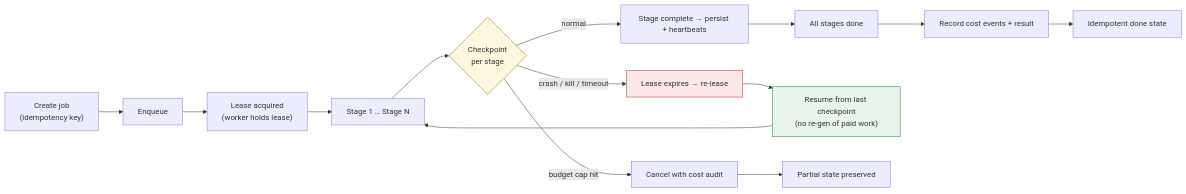
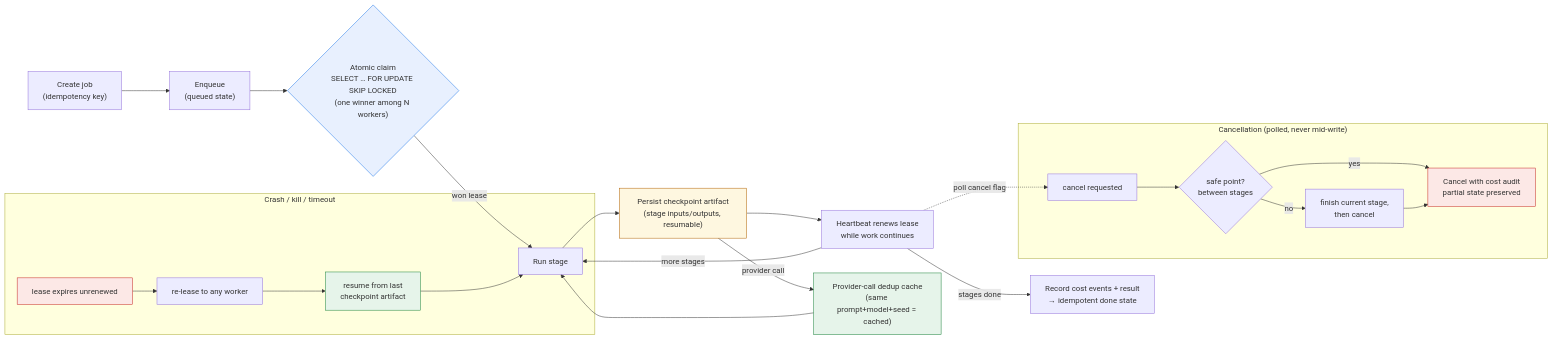
One commit to waalwalker1/knovaryn changed the diagram in docs/assets/diagrams/durable-jobs.mmd. Above: the diagram before and after it, drawn with Mermaid. The commit also changed 132 other files, not shown here.

```diff
--- a/docs/assets/diagrams/durable-jobs.mmd
+++ b/docs/assets/diagrams/durable-jobs.mmd
@@ -1,23 +1,37 @@
-%% Knovaryn — Durable job lifecycle
-%% The engine that makes expensive pipeline work resumable & safe
+%% Knovaryn — Durable job lifecycle (contract 6.3 #4)
+%% Atomic claim · heartbeat · checkpoint artifacts · cancellation polling
+%% crash reclaim · provider-call deduplication — no double cost.
 flowchart LR
-    A["Create job<br/>(idempotency key)"] --> B["Enqueue"]
-    B --> C["Lease acquired<br/>(worker holds lease)"]
-    C --> D["Stage 1 … Stage N"]
-    D --> E{"Checkpoint<br/>per stage"}
+    A["Create job<br/>(idempotency key)"] --> B["Enqueue<br/>(queued state)"]
+    B --> C{"Atomic claim<br/>SELECT … FOR UPDATE SKIP LOCKED<br/>(one winner among N workers)"}
 
-    E -->|"normal"| F["Stage complete → persist + heartbeats"]
-    F --> G["All stages done"]
-    G --> H["Record cost events + result"]
-    H --> I["Idempotent done state"]
+    C -->|"won lease"| D["Run stage"]
+    D --> E["Persist checkpoint artifact<br/>(stage inputs/outputs, resumable)"]
+    E --> F["Heartbeat renews lease<br/>while work continues"]
 
-    E -->|"crash / kill / timeout"| J["Lease expires → re-lease"]
-    J --> K["Resume from last checkpoint<br/>(no re-gen of paid work)"]
-    K --> D
+    F -->|"more stages"| D
+    F -->|"stages done"| G["Record cost events + result<br/>→ idempotent done state"]
 
-    E -->|"budget cap hit"| L["Cancel with cost audit"]
-    L --> M["Partial state preserved"]
+    E -->|"provider call"| H["Provider-call dedup cache<br/>(same prompt+model+seed = cached)"]
+    H --> D
 
+    subgraph CANCEL["Cancellation (polled, never mid-write)"]
+        X1["cancel requested"] --> X2{"safe point?<br/>between stages"}
+        X2 -- "yes" --> X3["Cancel with cost audit<br/>partial state preserved"]
+        X2 -- "no" --> X4["finish current stage,<br/>then cancel"]
+        X4 --> X3
+    end
+    F -.->|"poll cancel flag"| X1
+
+    subgraph CRASH["Crash / kill / timeout"]
+        K1["lease expires unrenewed"] --> K2["re-lease to any worker"]
+        K2 --> K3["resume from last<br/>checkpoint artifact"]
+        K3 --> D
+    end
+
+    style C fill:#e8f0fe,stroke:#1a73e8
     style E fill:#fef7e0,stroke:#b06000
-    style J fill:#fce8e6,stroke:#c5221f
-    style K fill:#e6f4ea,stroke:#188038
+    style K1 fill:#fce8e6,stroke:#c5221f
+    style K3 fill:#e6f4ea,stroke:#188038
+    style X3 fill:#fce8e6,stroke:#c5221f
+    style H fill:#e6f4ea,stroke:#188038
```
